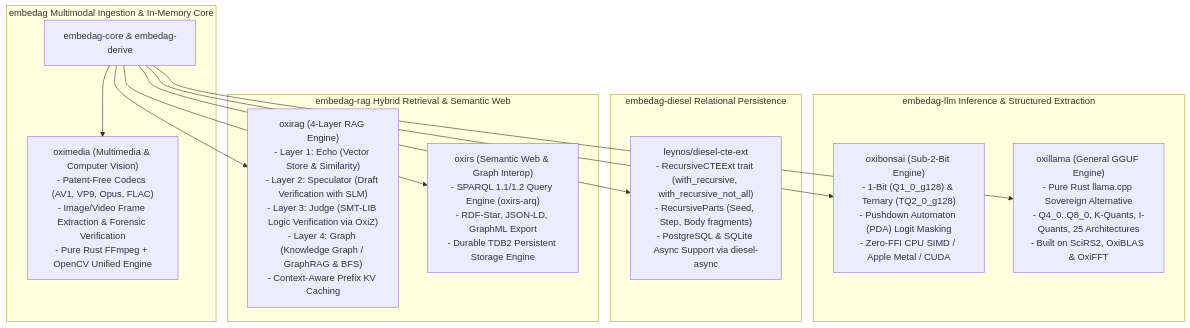
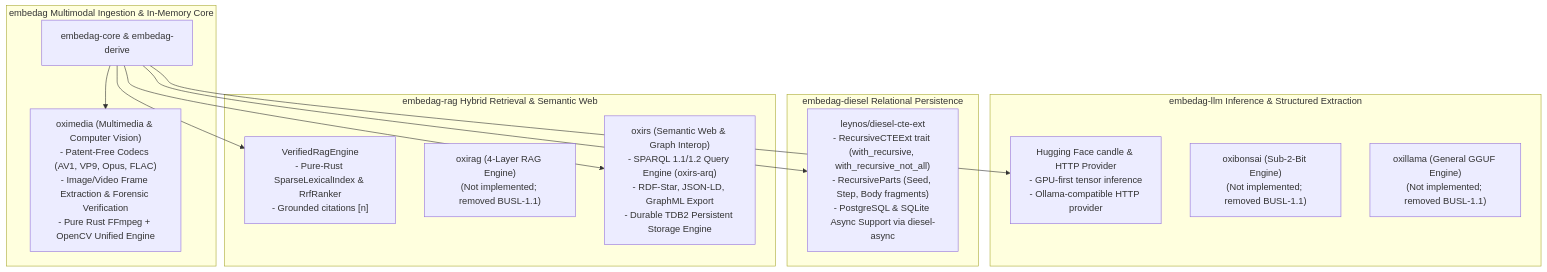
One commit to yasuomaidana/embedag changed the diagram in doc/19_External_Ecosystem_and_KitaSan_Stack.md. Above: the diagram before and after it, drawn with Mermaid. The commit also changed other lines of this file and 42 other files, not shown here.

First line of the commit message:
[EMBEDAG-119] Remove oxirag/oxillama/oxibonsai (BUSL relicense) with pure-Rust replacements (#15)

````diff
--- a/doc/19_External_Ecosystem_and_KitaSan_Stack.md
+++ b/doc/19_External_Ecosystem_and_KitaSan_Stack.md
@@ -28,28 +31,29 @@
 ```mermaid
 flowchart TD
     subgraph IngestionMultimodal ["embedag Multimodal Ingestion & In-Memory Core"]
         Core["embedag-core & embedag-derive"]
         OxiMedia["oximedia (Multimedia & Computer Vision)<br/>- Patent-Free Codecs (AV1, VP9, Opus, FLAC)<br/>- Image/Video Frame Extraction & Forensic Verification<br/>- Pure Rust FFmpeg + OpenCV Unified Engine"]
     end
 
     subgraph LLMExecution ["embedag-llm Inference & Structured Extraction"]
-        OxiBonsai["oxibonsai (Sub-2-Bit Engine)<br/>- 1-Bit (Q1_0_g128) & Ternary (TQ2_0_g128)<br/>- Pushdown Automaton (PDA) Logit Masking<br/>- Zero-FFI CPU SIMD / Apple Metal / CUDA"]
-        OxiLLaMA["oxillama (General GGUF Engine)<br/>- Pure Rust llama.cpp Sovereign Alternative<br/>- Q4_0..Q8_0, K-Quants, I-Quants, 25 Architectures<br/>- Built on SciRS2, OxiBLAS & OxiFFT"]
+        CandleLLM["Hugging Face candle & HTTP Provider<br/>- GPU-first tensor inference<br/>- Ollama-compatible HTTP provider"]
+        OxiBonsai["oxibonsai (Sub-2-Bit Engine)<br/>(Not implemented; removed BUSL-1.1)"]
+        OxiLLaMA["oxillama (General GGUF Engine)<br/>(Not implemented; removed BUSL-1.1)"]
     end
 
     subgraph RelationalCTE ["embedag-diesel Relational Persistence"]
         DieselCTE["leynos/diesel-cte-ext<br/>- RecursiveCTEExt trait (with_recursive, with_recursive_not_all)<br/>- RecursiveParts (Seed, Step, Body fragments)<br/>- PostgreSQL & SQLite Async Support via diesel-async"]
     end
 
     subgraph GraphRAGSemantic ["embedag-rag Hybrid Retrieval & Semantic Web"]
-        OxiRAG["oxirag (4-Layer RAG Engine)<br/>- Layer 1: Echo (Vector Store & Similarity)<br/>- Layer 2: Speculator (Draft Verification with SLM)<br/>- Layer 3: Judge (SMT-LIB Logic Verification via OxiZ)<br/>- Layer 4: Graph (Knowledge Graph / GraphRAG & BFS)<br/>- Context-Aware Prefix KV Caching"]
+        VerifiedRAG["VerifiedRagEngine<br/>- Pure-Rust SparseLexicalIndex & RrfRanker<br/>- Grounded citations [n]"]
+        OxiRAG["oxirag (4-Layer RAG Engine)<br/>(Not implemented; removed BUSL-1.1)"]
         OxiRS["oxirs (Semantic Web & Graph Interop)<br/>- SPARQL 1.1/1.2 Query Engine (oxirs-arq)<br/>- RDF-Star, JSON-LD, GraphML Export<br/>- Durable TDB2 Persistent Storage Engine"]
     end
 
     Core --> OxiMedia
     Core --> OxiRS
-    Core --> OxiBonsai
-    Core --> OxiLLaMA
+    Core --> CandleLLM
     Core --> DieselCTE
-    Core --> OxiRAG
+    Core --> VerifiedRAG
 ```
````
